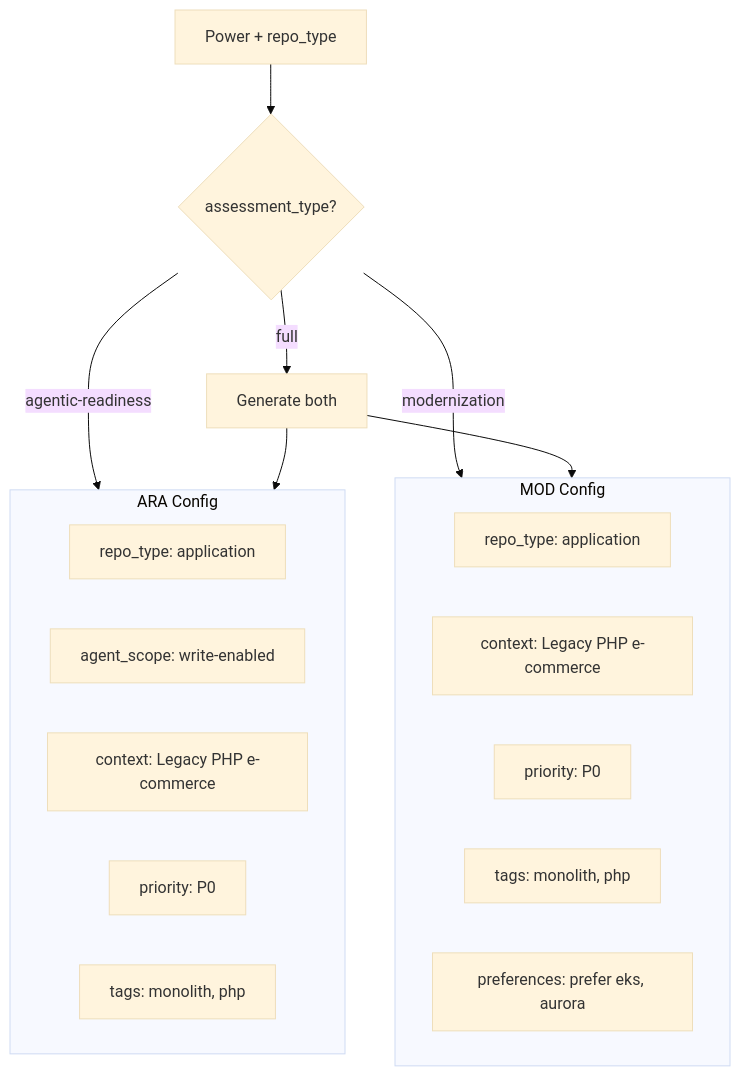
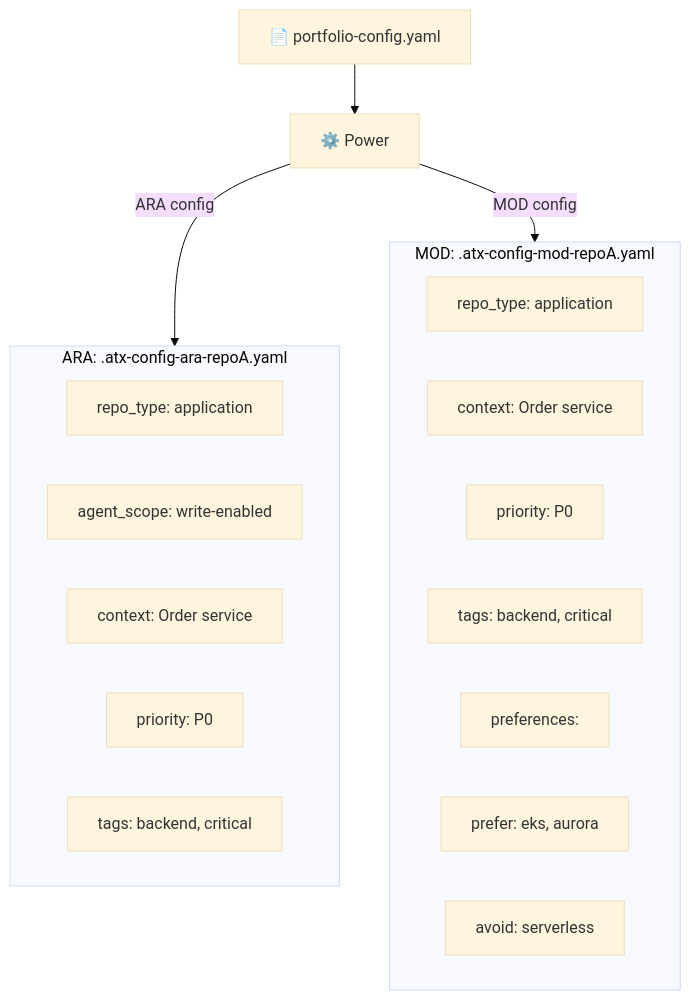
One commit to aws-samples/sample-agentic-readiness-analysis-orchestrator changed the fourth of 6 diagrams in documents-study/architecture-flow.md. Above: the diagram before and after it, drawn with Mermaid (base theme). The commit also changed other lines of this file and 1 other file, not shown here.

Commit message:
adjusted architecture flow

````diff
--- a/documents-study/architecture-flow.md
+++ b/documents-study/architecture-flow.md
@@ -104,26 +82,25 @@
 ```mermaid
 flowchart TB
-    POWER[Power + repo_type] --> TYPE{assessment_type?}
+    YAML[📄 portfolio-config.yaml] --> POWER[⚙️ Power]
+    
+    POWER --> |ARA config| ARA_CFG
+    POWER --> |MOD config| MOD_CFG
 
-    TYPE -->|agentic-readiness| ARA_CFG
-    TYPE -->|modernization| MOD_CFG
-    TYPE -->|full| BOTH_CFG[Generate both]
-    BOTH_CFG --> ARA_CFG
-    BOTH_CFG --> MOD_CFG
-
-    subgraph ARA_CFG [ARA Config]
+    subgraph ARA_CFG [ARA: .atx-config-ara-repoA.yaml]
         A1[repo_type: application]
         A2[agent_scope: write-enabled]
-        A3[context: Legacy PHP e-commerce]
+        A3[context: Order service]
         A4[priority: P0]
-        A5[tags: monolith, php]
+        A5[tags: backend, critical]
     end
 
-    subgraph MOD_CFG [MOD Config]
+    subgraph MOD_CFG [MOD: .atx-config-mod-repoA.yaml]
         M1[repo_type: application]
-        M2[context: Legacy PHP e-commerce]
+        M2[context: Order service]
         M3[priority: P0]
-        M4[tags: monolith, php]
-        M5[preferences: prefer eks, aurora]
+        M4[tags: backend, critical]
+        M5[preferences:]
+        M6[  prefer: eks, aurora]
+        M7[  avoid: serverless]
     end
 ```
````
